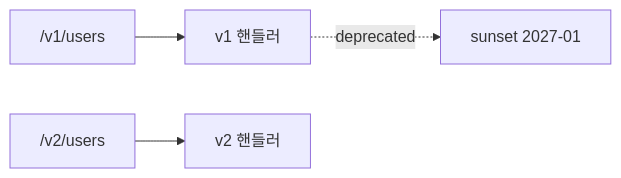
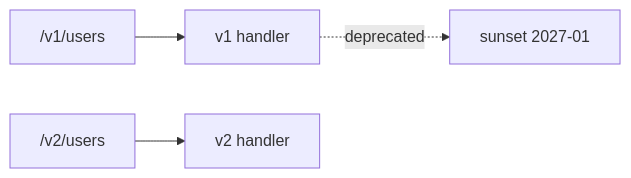
One commit to yeongseon-books/book-content changed the diagram in content/api-design-101/ko/09-api-versioning.md. Above: the diagram before and after it, drawn with Mermaid. The commit also changed other lines of this file and 9 other files, not shown here.

````diff
--- a/content/api-design-101/ko/09-api-versioning.md
+++ b/content/api-design-101/ko/09-api-versioning.md
@@ -55,6 +44,6 @@
 ```mermaid
 flowchart LR
-    V1["/v1/users"] --> H1["v1 핸들러"]
-    V2["/v2/users"] --> H2["v2 핸들러"]
+    V1["/v1/users"] --> H1["v1 handler"]
+    V2["/v2/users"] --> H2["v2 handler"]
     H1 -.deprecated.-> Sunset["sunset 2027-01"]
 ```
````
